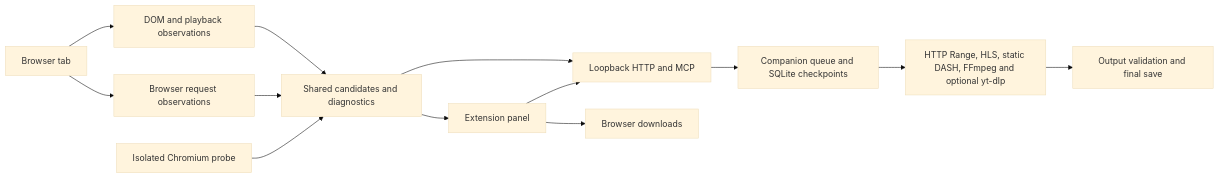
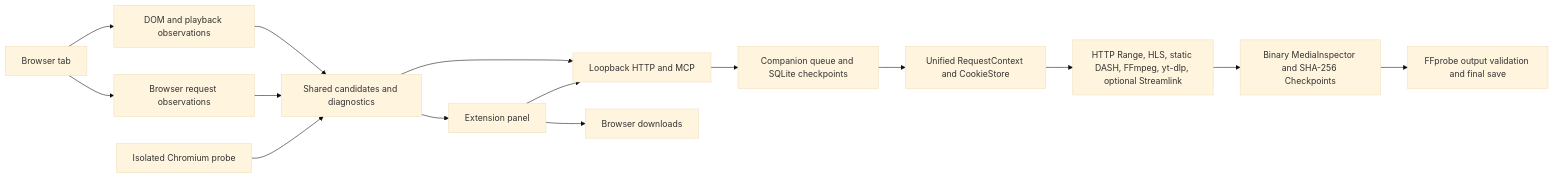
The diagram in docs/architecture.md (KaiserIIII/videosave), drawn with Mermaid (base theme) before and after one commit. The commit also changed other lines of this file and 74 other files, not shown here.

````diff
--- a/docs/architecture.md
+++ b/docs/architecture.md
@@ -3,15 +3,17 @@
 ```mermaid
 flowchart LR
   Tab[Browser tab] --> DOM[DOM and playback observations]
   Tab --> Net[Browser request observations]
   DOM --> Detect[Shared candidates and diagnostics]
   Net --> Detect
   CDP[Isolated Chromium probe] --> Detect
   Detect --> Popup[Extension panel]
   Detect --> API[Loopback HTTP and MCP]
   Popup --> Browser[Browser downloads]
   Popup --> API
   API --> Queue[Companion queue and SQLite checkpoints]
-  Queue --> Transfer[HTTP Range, HLS, static DASH, FFmpeg and optional yt-dlp]
-  Transfer --> Verify[Output validation and final save]
+  Queue --> Ctx[Unified RequestContext and CookieStore]
+  Ctx --> Transfer[HTTP Range, HLS, static DASH, FFmpeg, yt-dlp, optional Streamlink]
+  Transfer --> Sniff[Binary MediaInspector and SHA-256 Checkpoints]
+  Sniff --> Verify[FFprobe output validation and final save]
 ```
````
